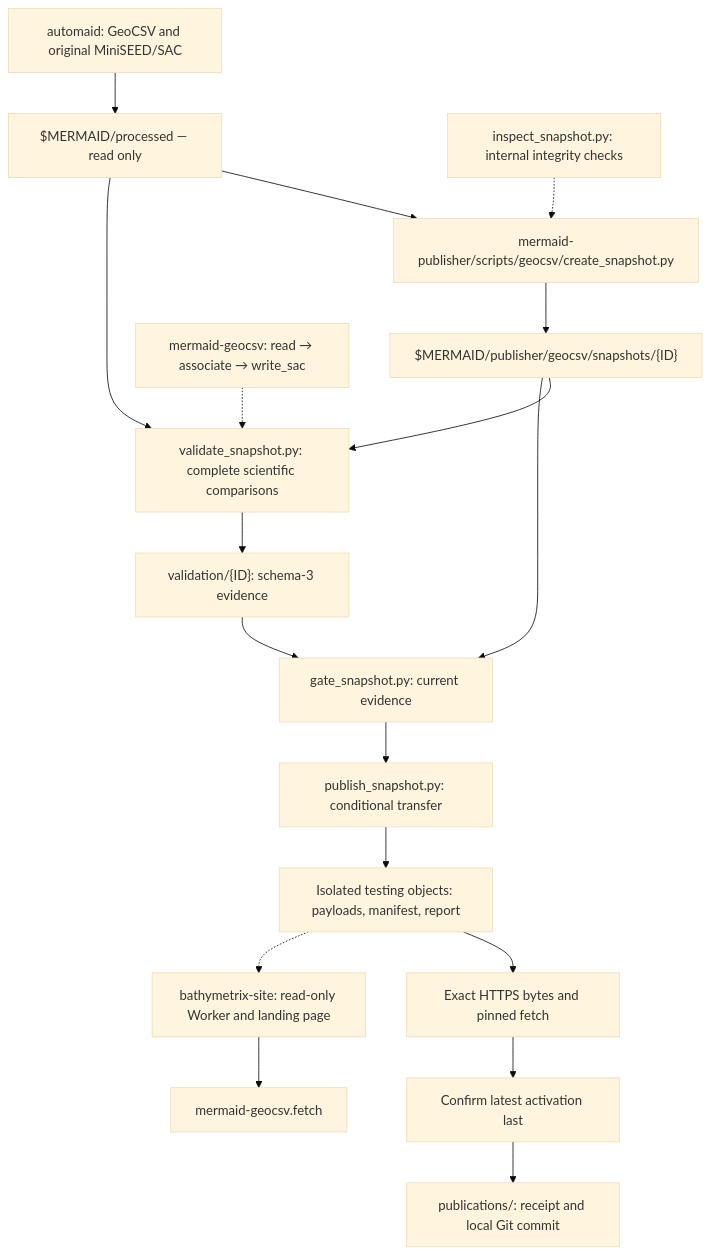
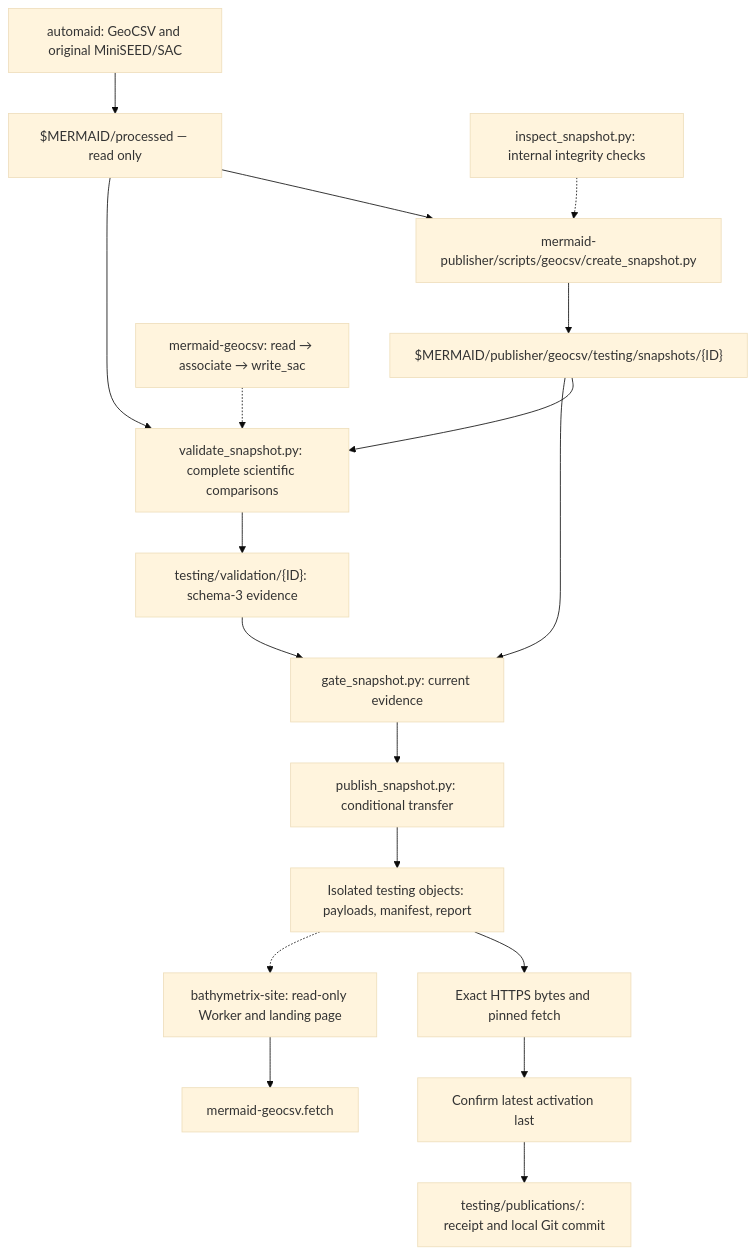
The diagram in docs/HOSTING.md (Bathymetrix/mermaid-geocsv), drawn with Mermaid (base theme) before and after one commit. The commit also changed other lines of this file and 1 other file, not shown here.

Commit message:
docs: synchronize GeoCSV testing workflow status

````diff
--- a/docs/HOSTING.md
+++ b/docs/HOSTING.md
@@ -67,20 +83,20 @@
 ```mermaid
 flowchart TB
     upstream["automaid: GeoCSV and original MiniSEED/SAC"] --> source["$MERMAID/processed — read only"]
     source --> create["mermaid-publisher/scripts/geocsv/create_snapshot.py"]
     inspect["inspect_snapshot.py: internal integrity checks"] -.-> create
-    create --> candidate["$MERMAID/publisher/geocsv/snapshots/{ID}"]
+    create --> candidate["$MERMAID/publisher/geocsv/testing/snapshots/{ID}"]
     candidate --> validate["validate_snapshot.py: complete scientific comparisons"]
     source --> validate
     api["mermaid-geocsv: read → associate → write_sac"] -.-> validate
-    validate --> report["validation/{ID}: schema-3 evidence"]
+    validate --> report["testing/validation/{ID}: schema-3 evidence"]
     report --> gate["gate_snapshot.py: current evidence"]
     candidate --> gate
     gate --> publish["publish_snapshot.py: conditional transfer"]
     publish --> remote["Isolated testing objects: payloads, manifest, report"]
     remote --> checks["Exact HTTPS bytes and pinned fetch"]
     checks --> latest["Confirm latest activation last"]
-    latest --> record["publications/: receipt and local Git commit"]
+    latest --> record["testing/publications/: receipt and local Git commit"]
     remote -.-> website["bathymetrix-site: read-only Worker and landing page"]
     website --> fetch["mermaid-geocsv.fetch"]
 ```
````
